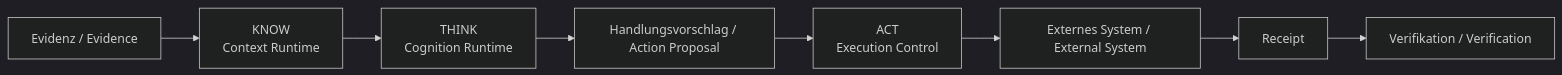
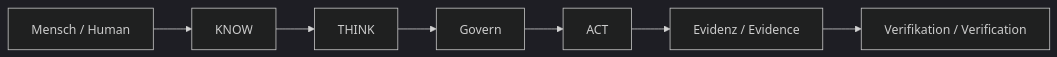
The diagram in README.md (baum777/unitera_public_docs), drawn with Mermaid (dark theme) before and after one commit. The commit also changed other lines of this file and 66 other files, not shown here.

````diff
--- a/README.md
+++ b/README.md
@@ -21,10 +22,9 @@
 ```mermaid
 flowchart LR
-    E["Evidenz / Evidence"] --> K["KNOW<br>Context Runtime"]
-    K --> T["THINK<br>Cognition Runtime"]
-    T --> P["Handlungsvorschlag / Action Proposal"]
-    P --> A["ACT<br>Execution Control"]
-    A --> X["Externes System / External System"]
-    X --> R[Receipt]
-    R --> V["Verifikation / Verification"]
+    H["Mensch / Human"] --> K["KNOW"]
+    K --> T["THINK"]
+    T --> G["Govern"]
+    G --> A["ACT"]
+    A --> E["Evidenz / Evidence"]
+    E --> V["Verifikation / Verification"]
 ```
````
